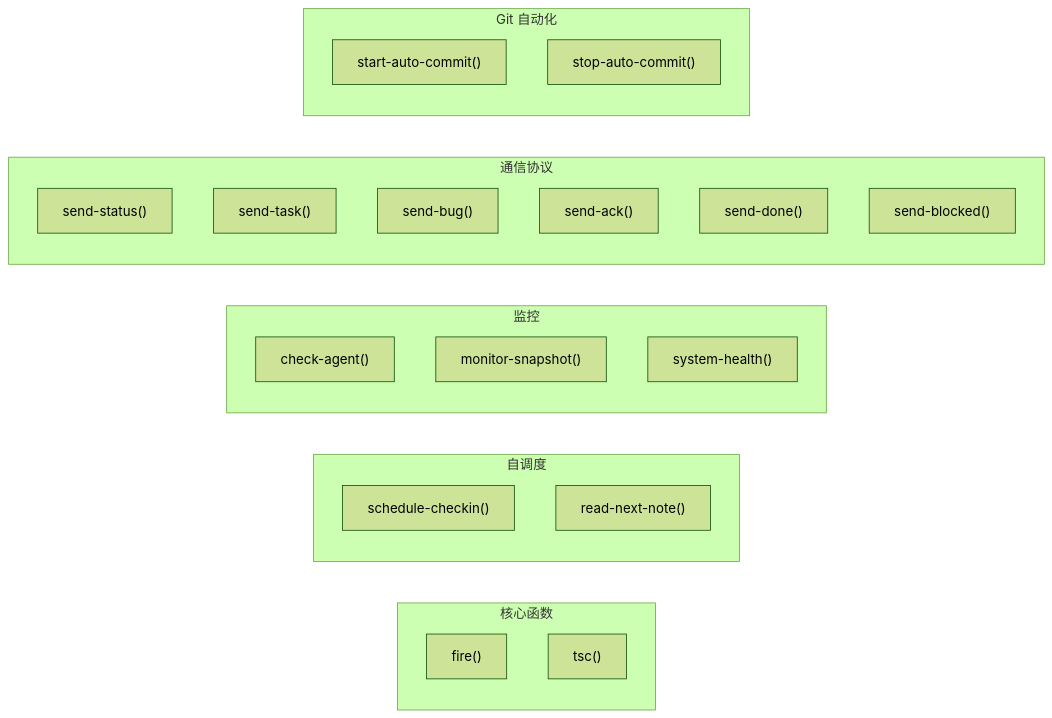
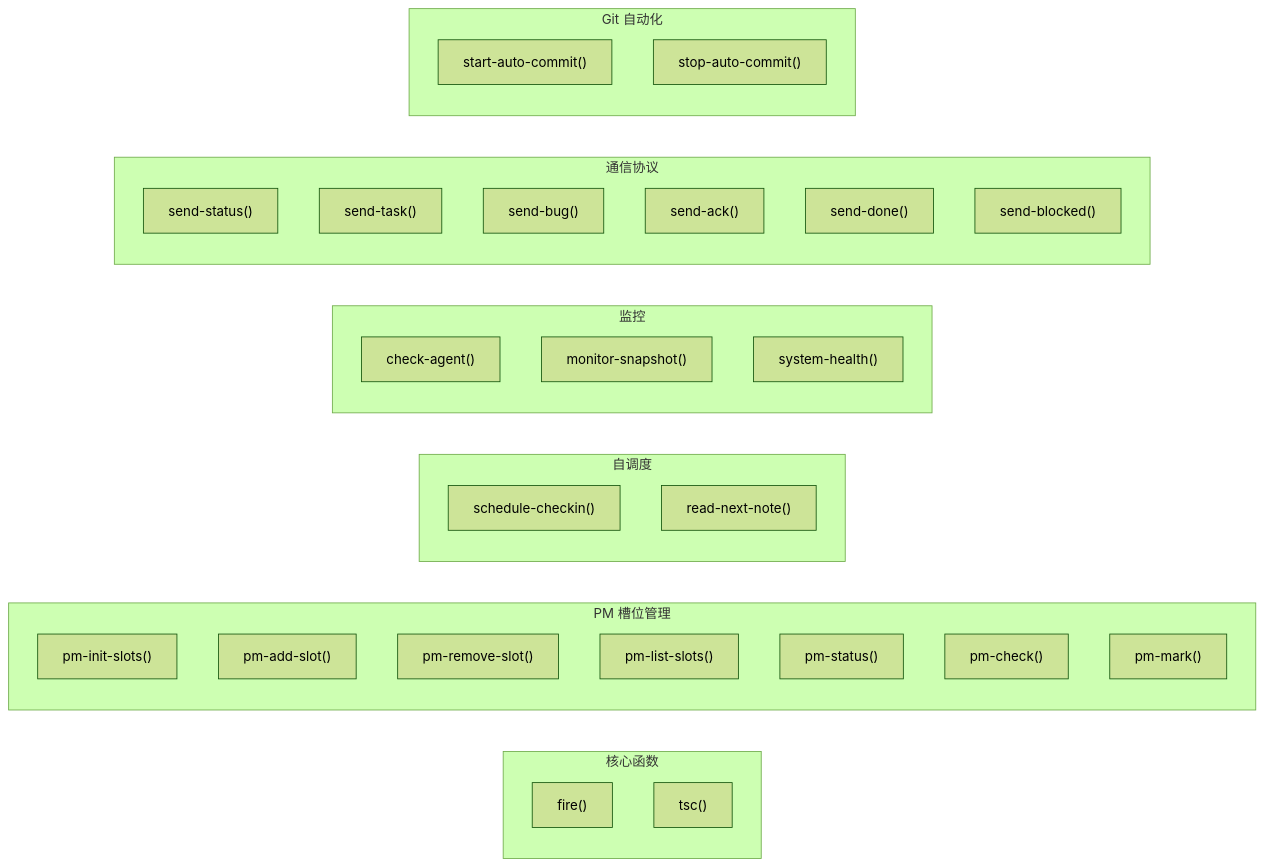
Before and after one commit to coolwoo/Tmux-AI-Team: the fifth of 5 diagrams in CLAUDE.md, drawn with Mermaid (forest theme). The commit also changed other lines of this file and 2 other files, not shown here.

First line of the commit message:
docs: 更新文档反映 PM 槽位管理 v3.5 功能

````diff
--- a/CLAUDE.md
+++ b/CLAUDE.md
@@ -202,32 +203,42 @@
 ```mermaid
 graph LR
     subgraph Core["核心函数"]
         fire["fire()"]
         tsc["tsc()"]
+    end
+
+    subgraph PMSlots["PM 槽位管理"]
+        init["pm-init-slots()"]
+        add["pm-add-slot()"]
+        remove["pm-remove-slot()"]
+        list["pm-list-slots()"]
+        pmstatus["pm-status()"]
+        pmcheck["pm-check()"]
+        pmmark["pm-mark()"]
     end
 
     subgraph Schedule["自调度"]
         sched["schedule-checkin()"]
         note["read-next-note()"]
     end
 
     subgraph Monitor["监控"]
         check["check-agent()"]
         snap["monitor-snapshot()"]
         health["system-health()"]
     end
 
     subgraph Comm["通信协议"]
         status["send-status()"]
         task["send-task()"]
         bug["send-bug()"]
         ack["send-ack()"]
         done["send-done()"]
         blocked["send-blocked()"]
     end
 
     subgraph Git["Git 自动化"]
         start["start-auto-commit()"]
         stop["stop-auto-commit()"]
     end
 ```
````
